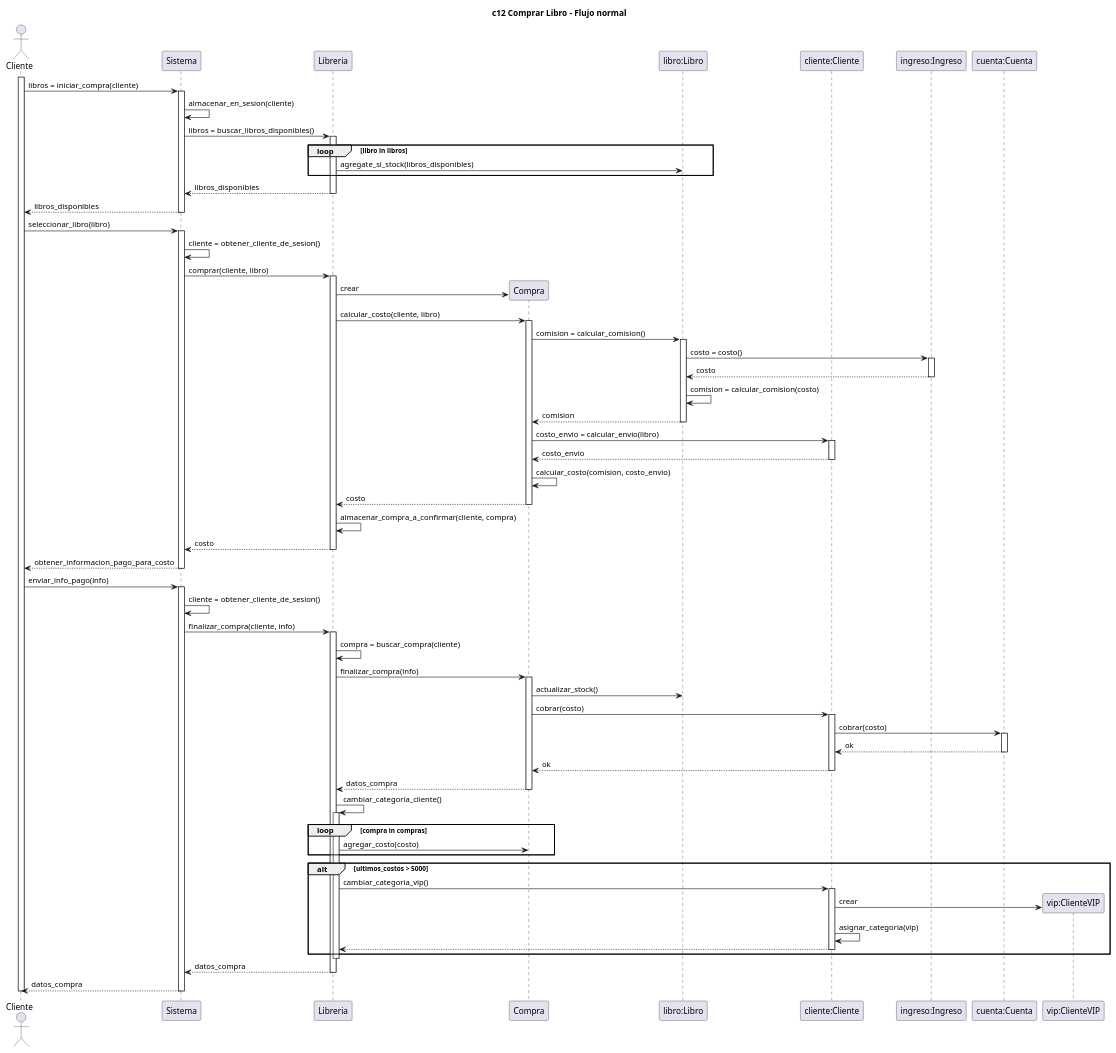
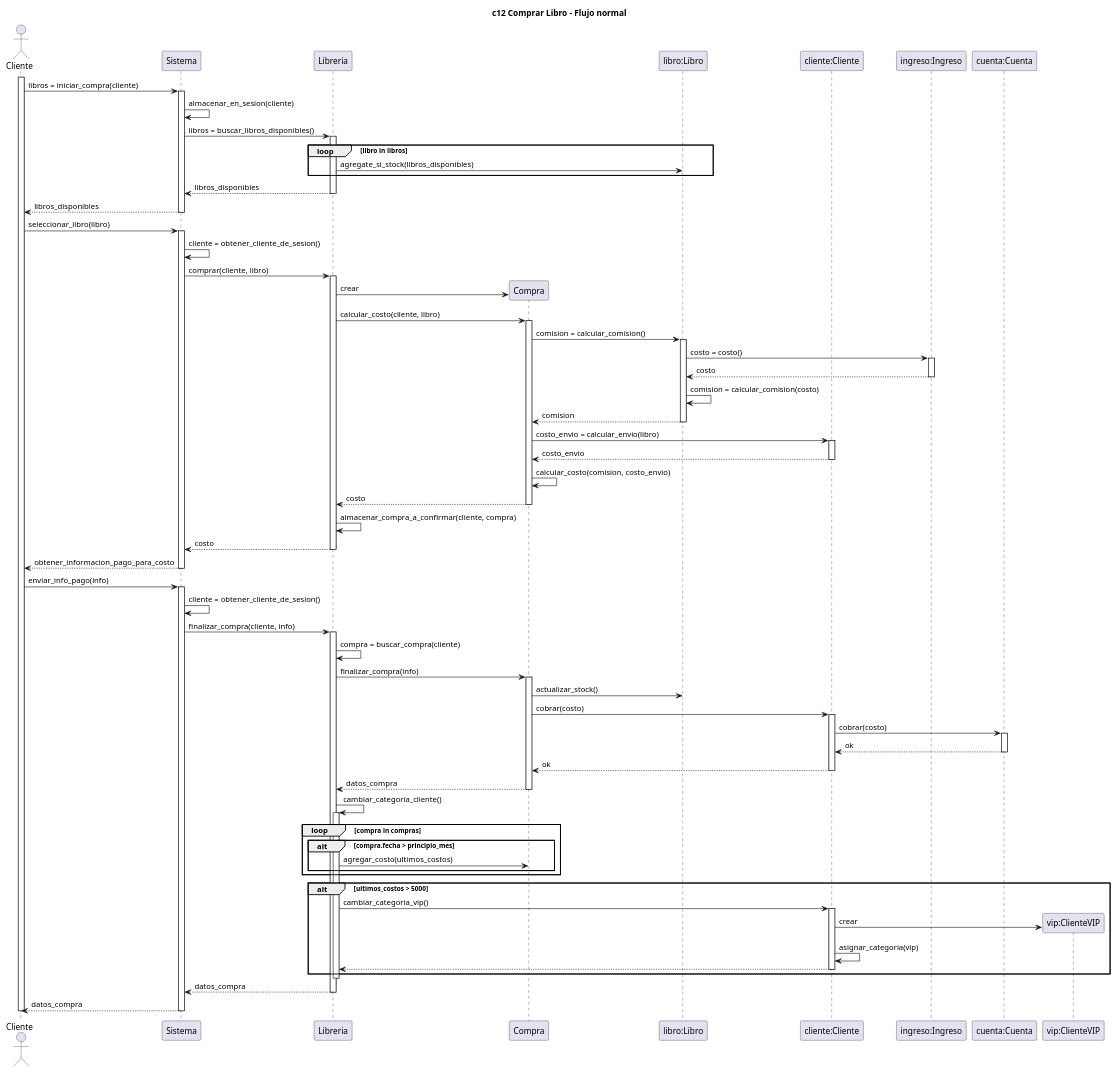
Before and after one commit to pablodanielrey/dsbm: the diagram in tp/secuencia/compra/secuencia.plantuml, drawn with PlantUML. The commit also changed 1 other file, not shown here.

```diff
--- a/tp/secuencia/compra/secuencia.plantuml
+++ b/tp/secuencia/compra/secuencia.plantuml
@@ -2,100 +2,102 @@
 @startuml c12 Comprar Libro - Flujo normal
 
 title c12 Comprar Libro - Flujo normal
 
 actor Cliente as c
 participant Sistema as s
 participant Libreria as l
 participant Compra as compra
 participant "libro:Libro" as libro
 participant "cliente:Cliente" as cliente
 participant "ingreso:Ingreso" as ingreso
 participant "cuenta:Cuenta" as cuenta
 participant "vip:ClienteVIP" as vip
 
 activate c
 c -> s : libros = iniciar_compra(cliente)
 activate s
     s -> s : almacenar_en_sesion(cliente)
     s -> l : libros = buscar_libros_disponibles()
     activate l
         loop libro in libros
             l -> libro : agregate_si_stock(libros_disponibles)
         end
         return libros_disponibles
     deactivate l
     c <-- s : libros_disponibles
 deactivate s
 
 c -> s : seleccionar_libro(libro)
 activate s
     s -> s : cliente = obtener_cliente_de_sesion()
     s -> l : comprar(cliente, libro)
     activate l 
         l -> compra ** : crear
         l -> compra : calcular_costo(cliente, libro)
         activate compra
             'el costo depende del tipo de libro y del tipo de cliente
             compra -> libro : comision = calcular_comision()
             activate libro
                 libro -> ingreso : costo = costo()
                 activate ingreso
                     libro <-- ingreso : costo
                 deactivate ingreso
                 libro -> libro : comision = calcular_comision(costo)
                 compra <-- libro : comision
             deactivate libro
             compra -> cliente : costo_envio = calcular_envio(libro)
             activate cliente
                 compra <-- cliente : costo_envio
             deactivate cliente
             compra -> compra : calcular_costo(comision, costo_envio)
             l <-- compra : costo
         deactivate compra
         l -> l : almacenar_compra_a_confirmar(cliente, compra)
         s <-- l : costo
     deactivate l
     return obtener_informacion_pago_para_costo
 deactivate s
 
 c -> s : enviar_info_pago(info)
 activate s
     s -> s : cliente = obtener_cliente_de_sesion()
     s -> l : finalizar_compra(cliente, info)
     activate l
         l -> l : compra = buscar_compra(cliente)
         l -> compra : finalizar_compra(info)
         activate compra
             compra -> libro : actualizar_stock()
             compra -> cliente : cobrar(costo)
             activate cliente
                 cliente -> cuenta : cobrar(costo)
                 activate cuenta
                     cliente <-- cuenta: ok
                 deactivate cuenta
                 compra <-- cliente : ok
             deactivate cliente
             l <-- compra : datos_compra
         deactivate compra
         l -> l : cambiar_categoría_cliente()
         activate l
             loop compra in compras
-                l -> compra : agregar_costo(costo)
+                alt compra.fecha > principio_mes
+                    l -> compra : agregar_costo(ultimos_costos)
+                end
             end
             alt ultimos_costos > 5000
                 l -> cliente : cambiar_categoria_vip()
                 activate cliente
                     cliente -> vip **: crear
                     cliente -> cliente : asignar_categoria(vip)
                     l <-- cliente
                 deactivate cliente
             end
         deactivate l
         s <-- l : datos_compra
     deactivate l
     c <-- s : datos_compra
 deactivate s
 
 deactivate c
 
 @enduml
```
